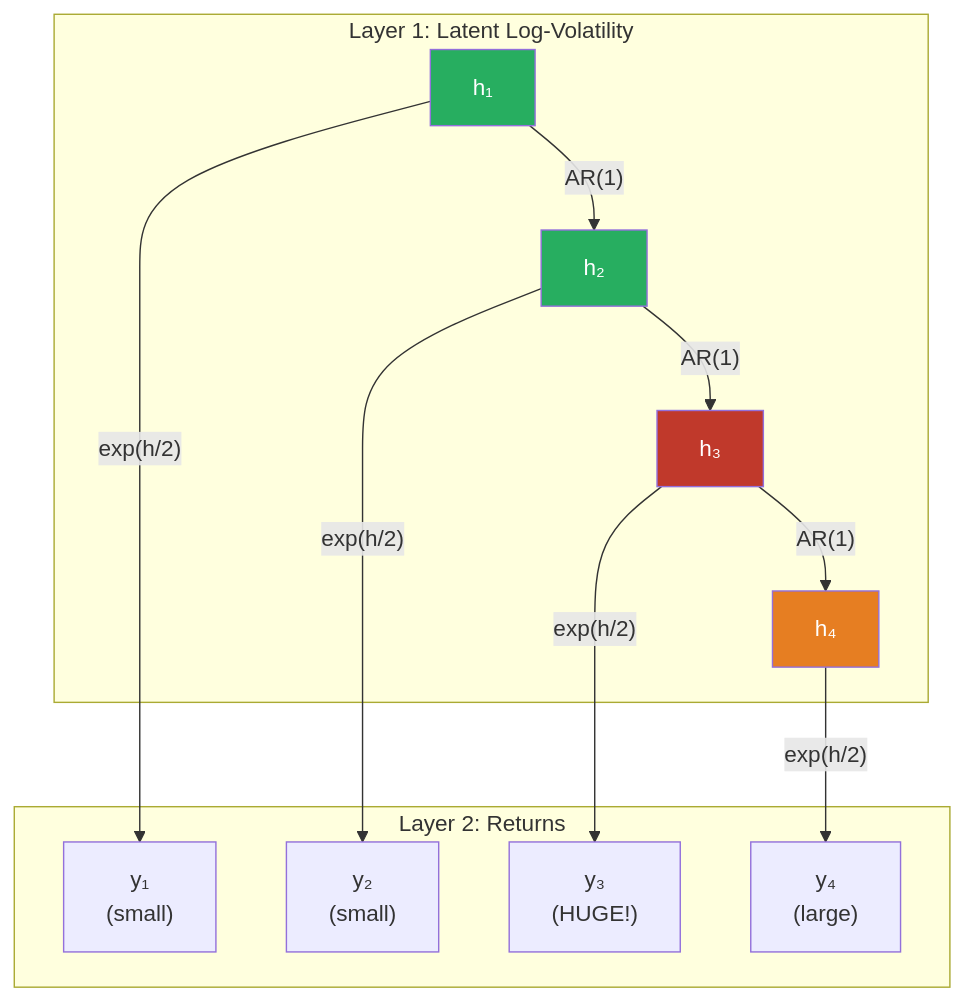
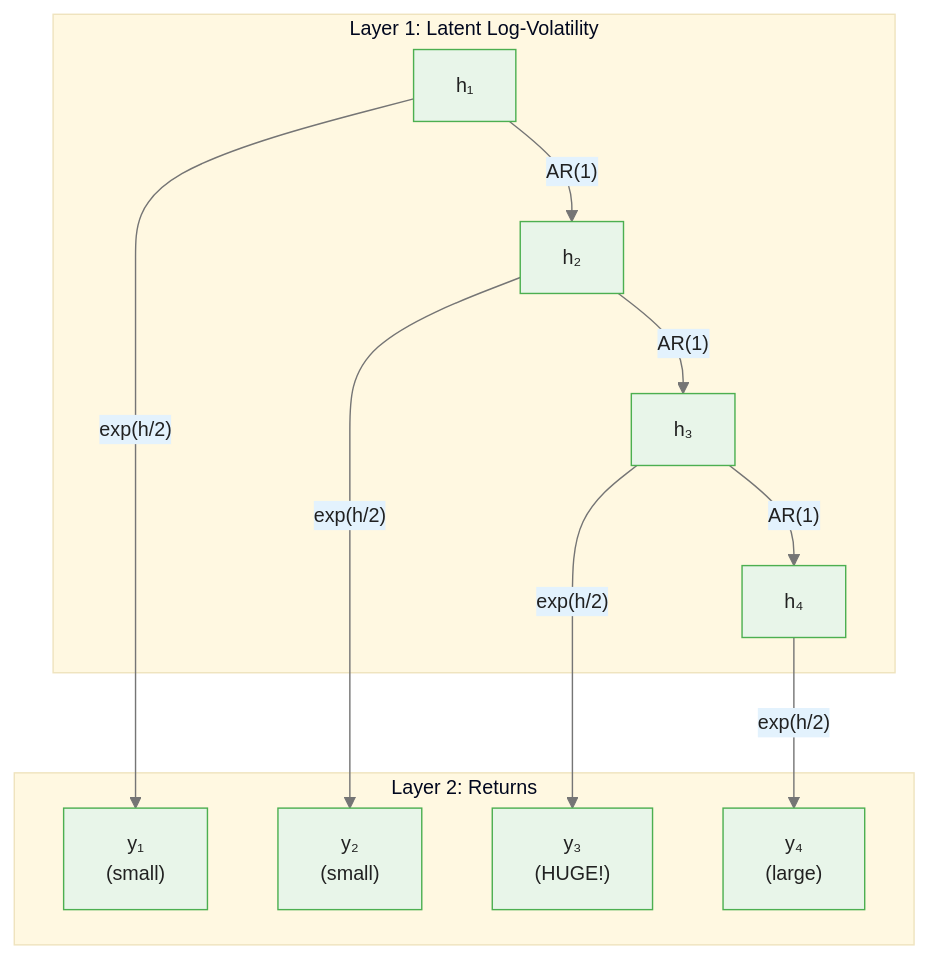
One commit to m-deane/course-creator changed the first of 3 diagrams in courses/bayesian-commodity-forecasting/modules/module_03_state_space/guides/03_stochastic_volatility_slides.md. Above: the diagram before and after it, drawn with Mermaid. The commit also changed other lines of this file and 104 other files, not shown here.

````diff
--- a/courses/bayesian-commodity-forecasting/modules/module_03_state_space/guides/03_stochastic_volatility_slides.md
+++ b/courses/bayesian-commodity-forecasting/modules/module_03_state_space/guides/03_stochastic_volatility_slides.md
@@ -57,20 +69,17 @@
 ```mermaid
+%%{init: {"theme": "base", "themeVariables": {"primaryColor": "#e8f5e9", "primaryBorderColor": "#4caf50", "primaryTextColor": "#212121", "secondaryColor": "#e3f2fd", "tertiaryColor": "#fff8e1", "lineColor": "#757575", "fontFamily": "Inter, sans-serif", "fontSize": "14px"}}}%%
 flowchart TD
     subgraph Hidden["Layer 1: Latent Log-Volatility"]
         H1["h₁"] -->|"AR(1)"| H2["h₂"] -->|"AR(1)"| H3["h₃"] -->|"AR(1)"| H4["h₄"]
     end
     subgraph Observed["Layer 2: Returns"]
         Y1["y₁\n(small)"]
         Y2["y₂\n(small)"]
         Y3["y₃\n(HUGE!)"]
         Y4["y₄\n(large)"]
     end
     H1 -->|"exp(h/2)"| Y1
     H2 -->|"exp(h/2)"| Y2
     H3 -->|"exp(h/2)"| Y3
     H4 -->|"exp(h/2)"| Y4
-    style H1 fill:#27ae60,color:#fff
-    style H2 fill:#27ae60,color:#fff
-    style H3 fill:#c0392b,color:#fff
-    style H4 fill:#e67e22,color:#fff
 ```
````
